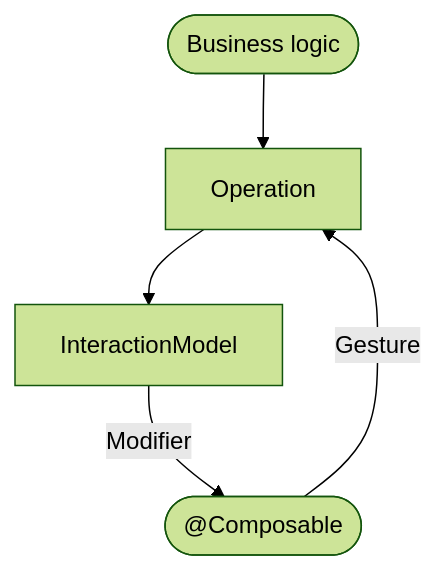
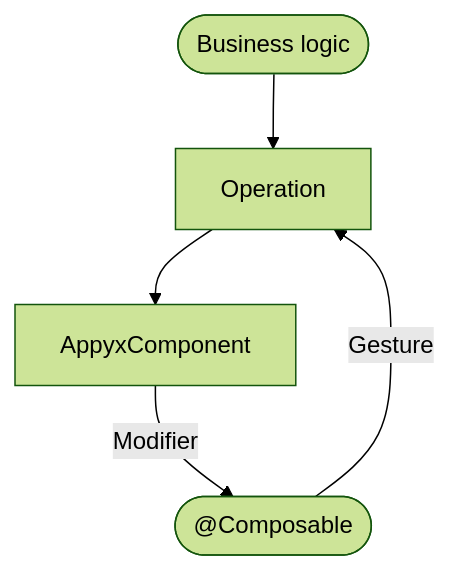
One commit to bumble-tech/appyx changed the diagram in documentation/interactions/usage.md. Above: the diagram before and after it, drawn with Mermaid (forest theme). The commit also changed other lines of this file and 6 other files, not shown here.

Commit message:
Rename InteractionModel to AppyxComponent in documentation

````diff
--- a/documentation/interactions/usage.md
+++ b/documentation/interactions/usage.md
@@ -18,6 +18,6 @@
 ``` mermaid
 flowchart TB
-  O[Operation] --> I[InteractionModel] --> |Modifier| C(["@Composable"]);
+  O[Operation] --> I[AppyxComponent] --> |Modifier| C(["@Composable"]);
   C --> |Gesture| O
   B([Business logic]) --> O
 ```
````
